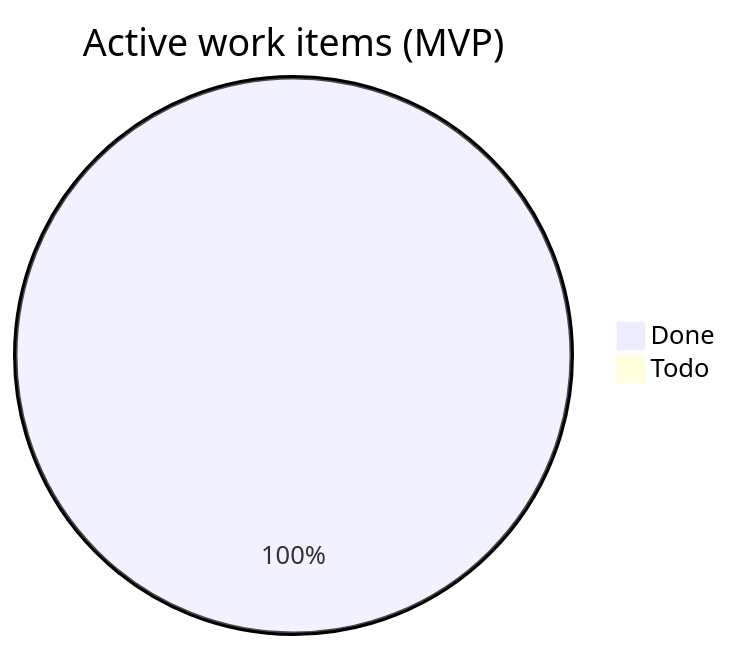
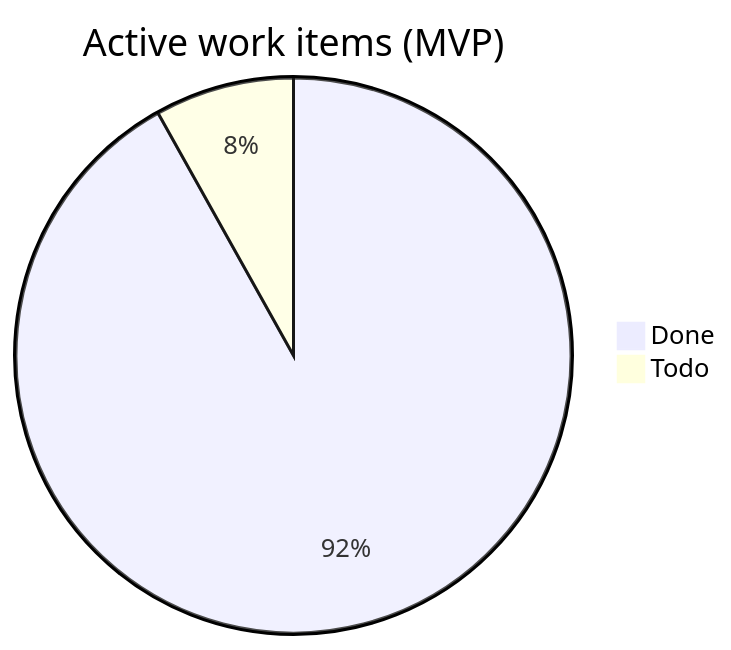
One commit to DOGE-Complaints/doge-complaints-gateway changed the diagram in docs/tasks/gateway-mvp-dashboard.md. Above: the diagram before and after it, drawn with Mermaid. The commit also changed other lines of this file and 37 other files, not shown here.

````diff
--- a/docs/tasks/gateway-mvp-dashboard.md
+++ b/docs/tasks/gateway-mvp-dashboard.md
@@ -112,5 +120,5 @@
 ```mermaid
 pie title Active work items (MVP)
-    "Done" : 32
-    "Todo" : 0
+    "Done" : 34
+    "Todo" : 3
 ```
````
